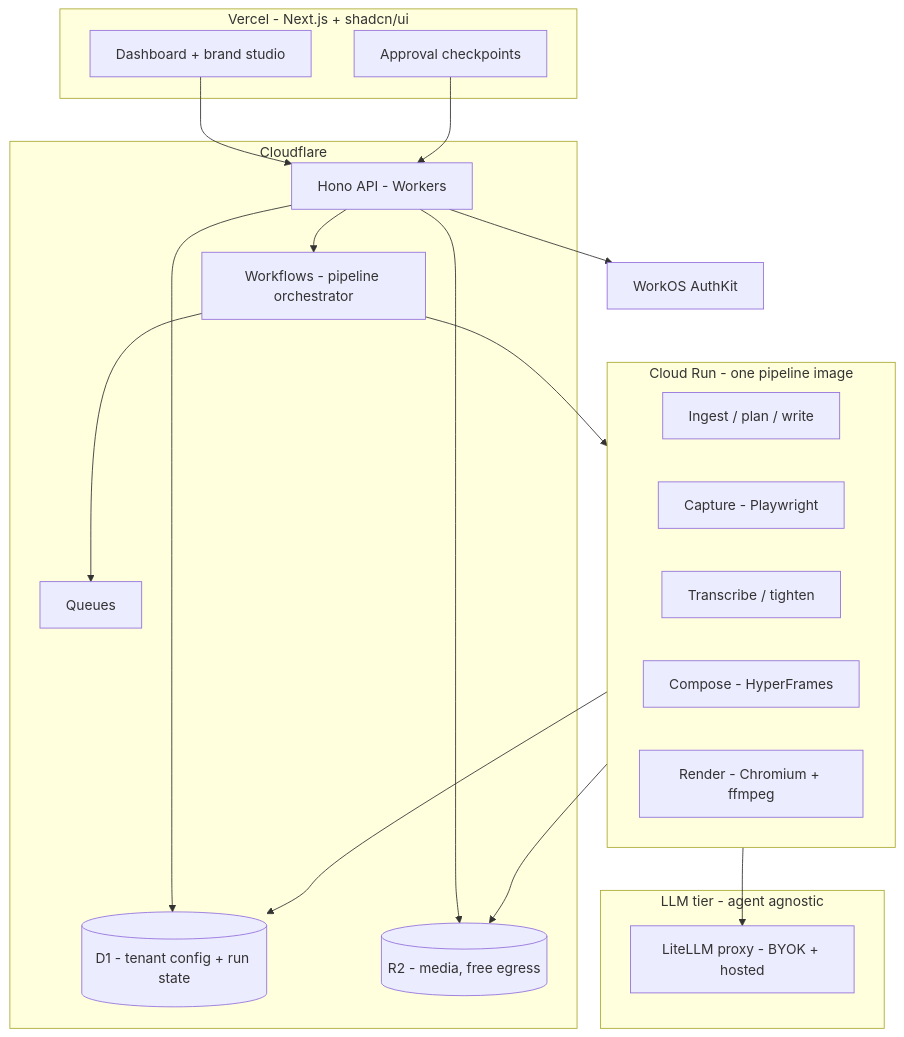
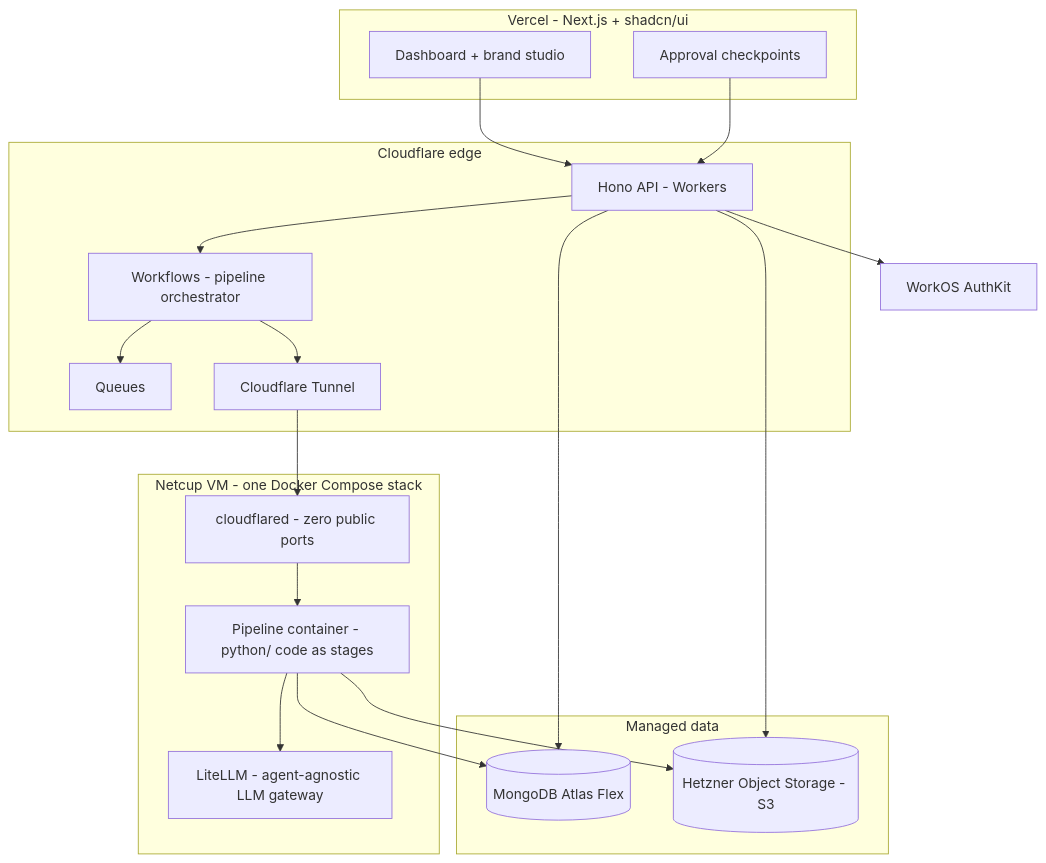
The second of 12 diagrams in PLAN.md (noah-sheldon/contentforge), drawn with Mermaid before and after one commit. The commit also changed other lines of this file and 3 other files, not shown here.

First line of the commit message:
docs(architecture): align diagrams with decided system; per-phase diagrams

````diff
--- a/PLAN.md
+++ b/PLAN.md
@@ -22,36 +26,36 @@
 ```mermaid
 flowchart TD
     subgraph WEB[Vercel - Next.js + shadcn/ui]
         DASH[Dashboard + brand studio]
         HITL[Approval checkpoints]
     end
-    subgraph CF[Cloudflare]
+    subgraph CF[Cloudflare edge]
         API[Hono API - Workers]
         WF[Workflows - pipeline orchestrator]
         Q[Queues]
-        D1[(D1 - tenant config + run state)]
-        R2[(R2 - media, free egress)]
+        TUN[Cloudflare Tunnel]
     end
-    subgraph CR[Cloud Run - one pipeline image]
-        ING[Ingest / plan / write]
-        CAP[Capture - Playwright]
-        TR[Transcribe / tighten]
-        COM[Compose - HyperFrames]
-        REN[Render - Chromium + ffmpeg]
+    subgraph VM[Netcup VM - one Docker Compose stack]
+        PIPE[Pipeline container - python/ code as stages]
+        LLM[LiteLLM - agent-agnostic LLM gateway]
+        CLD[cloudflared - zero public ports]
     end
-    subgraph LLM[LLM tier - agent agnostic]
-        LP[LiteLLM proxy - BYOK + hosted]
+    subgraph DATA[Managed data]
+        DB[(MongoDB Atlas Flex)]
+        OBJ[(Hetzner Object Storage - S3)]
     end
     AUTH[WorkOS AuthKit]
     DASH --> API
     HITL --> API
     API --> AUTH
-    API --> D1
+    API --> DB
     API --> WF
     WF --> Q
-    WF --> CR
-    CR --> LP
-    CR --> R2
-    CR --> D1
-    API --> R2
+    WF --> TUN
+    TUN --> CLD
+    CLD --> PIPE
+    PIPE --> LLM
+    PIPE --> DB
+    PIPE --> OBJ
+    API --> OBJ
 ```
````
